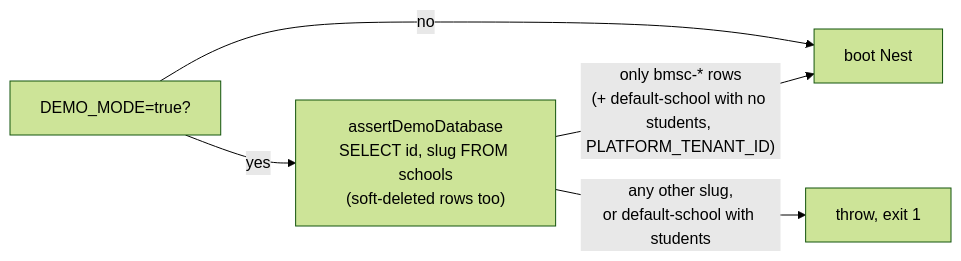
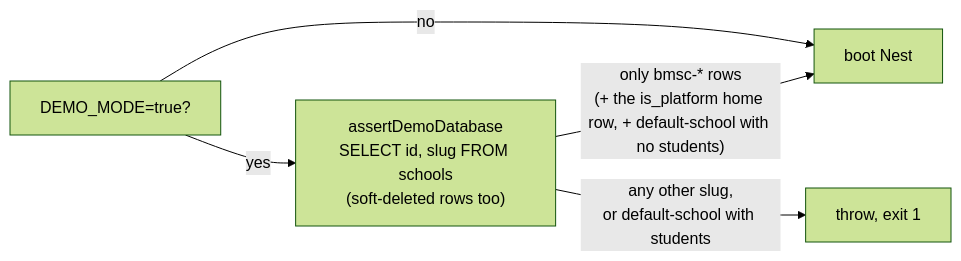
One commit to tareq89/biddaloy changed diagram 26 of 33 in docs/architecture/08-security.md. Above: the diagram before and after it, drawn with Mermaid (forest theme). The commit also changed 2 other files, not shown here.

Commit message:
docs: drop false PLATFORM_TENANT_ID statements (98 #3770)

````diff
--- a/docs/architecture/08-security.md
+++ b/docs/architecture/08-security.md
@@ -1059,7 +1059,7 @@
 ```mermaid
 flowchart LR
   A["DEMO_MODE=true?"] -->|no| N[boot Nest]
   A -->|yes| B["assertDemoDatabase<br/>SELECT id, slug FROM schools<br/>(soft-deleted rows too)"]
-  B -->|"only bmsc-* rows<br/>(+ default-school with no students, PLATFORM_TENANT_ID)"| N
+  B -->|"only bmsc-* rows<br/>(+ the is_platform home row, + default-school with no students)"| N
   B -->|"any other slug,<br/>or default-school with students"| X["throw, exit 1"]
 ```
````
